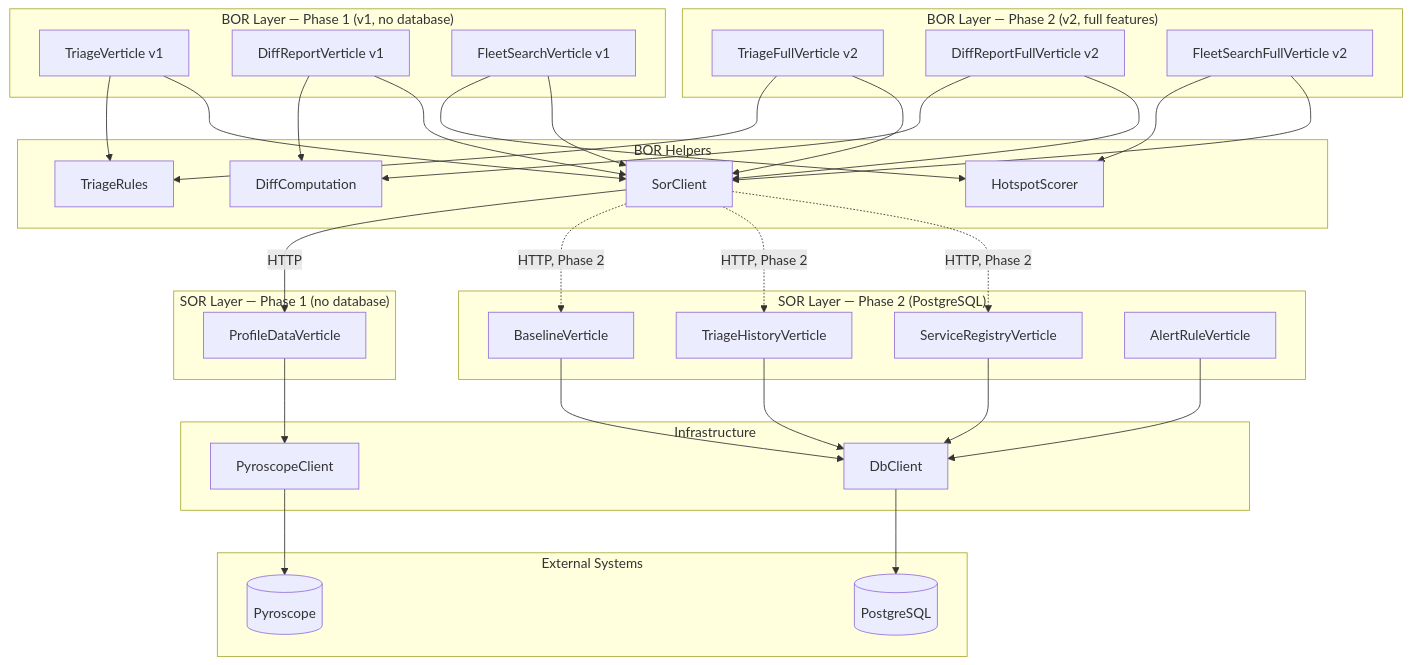
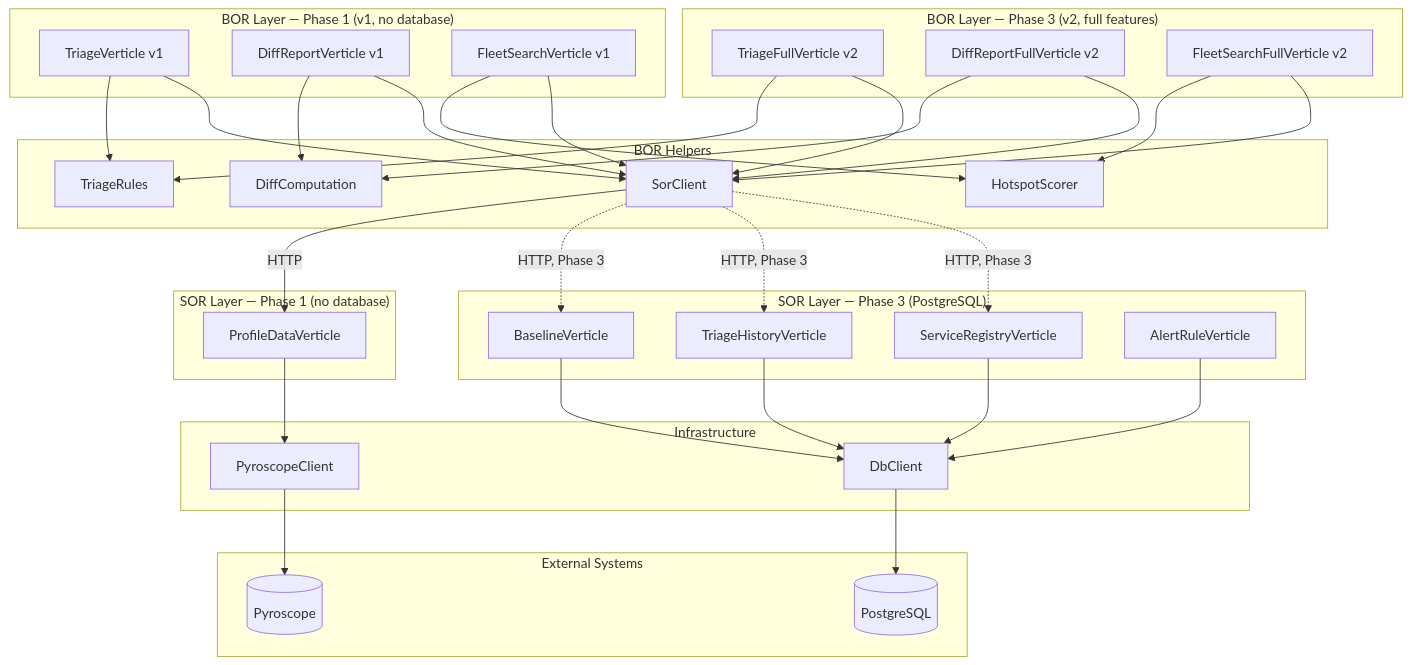
One commit to aff0gat000/pyroscope changed the first of 4 diagrams in docs/function-architecture.md. Above: the diagram before and after it, drawn with Mermaid. The commit also changed other lines of this file and 32 other files, not shown here.

````diff
--- a/docs/function-architecture.md
+++ b/docs/function-architecture.md
@@ -38,70 +38,70 @@
 ```mermaid
 graph TB
     subgraph "BOR Layer — Phase 1 (v1, no database)"
         TV[TriageVerticle v1]
         DV[DiffReportVerticle v1]
         FV[FleetSearchVerticle v1]
     end
 
-    subgraph "BOR Layer — Phase 2 (v2, full features)"
+    subgraph "BOR Layer — Phase 3 (v2, full features)"
         TVF[TriageFullVerticle v2]
         DVF[DiffReportFullVerticle v2]
         FVF[FleetSearchFullVerticle v2]
     end
 
     subgraph "BOR Helpers"
         TR[TriageRules]
         DC[DiffComputation]
         HS[HotspotScorer]
         SC[SorClient]
     end
 
     subgraph "SOR Layer — Phase 1 (no database)"
         PD[ProfileDataVerticle]
     end
 
-    subgraph "SOR Layer — Phase 2 (PostgreSQL)"
+    subgraph "SOR Layer — Phase 3 (PostgreSQL)"
         BL[BaselineVerticle]
         TH[TriageHistoryVerticle]
         SR[ServiceRegistryVerticle]
         AR[AlertRuleVerticle]
     end
 
     subgraph "Infrastructure"
         PC[PyroscopeClient]
         DB[DbClient]
     end
 
     subgraph "External Systems"
         PY[(Pyroscope)]
         PG[(PostgreSQL)]
     end
 
     TV --> TR
     TVF --> TR
     DV --> DC
     DVF --> DC
     FV --> HS
     FVF --> HS
 
     TV --> SC
     TVF --> SC
     DV --> SC
     DVF --> SC
     FV --> SC
     FVF --> SC
 
     SC -->|HTTP| PD
-    SC -.->|HTTP, Phase 2| BL
-    SC -.->|HTTP, Phase 2| TH
-    SC -.->|HTTP, Phase 2| SR
+    SC -.->|HTTP, Phase 3| BL
+    SC -.->|HTTP, Phase 3| TH
+    SC -.->|HTTP, Phase 3| SR
 
     PD --> PC
     PC --> PY
 
     BL --> DB
     TH --> DB
     SR --> DB
     AR --> DB
     DB --> PG
 ```
````
